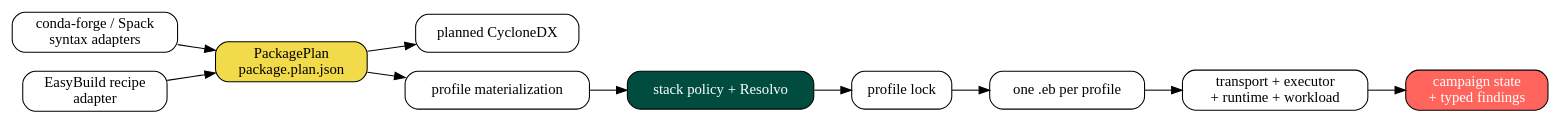
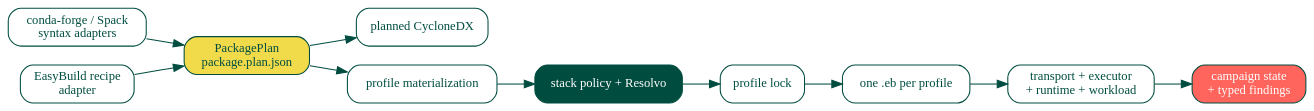
The first of 2 diagrams in docs/orgmode/explanation/architecture.org (HaoZeke/eb-stack), drawn with Graphviz before and after one commit. The commit also changed other lines of this file and 18 other files, not shown here.

```diff
--- a/docs/orgmode/explanation/architecture.org
+++ b/docs/orgmode/explanation/architecture.org
@@ -10,20 +10,24 @@
 #+begin_src dot :file ../images/pipeline.svg :exports results
 digraph P {
-  rankdir=LR;
-  node [shape=box, style="rounded,filled", fillcolor="white"];
-  foreign [label="conda-forge / Spack\nsyntax adapters"];
+  graph [fontname="Jost", fontsize=12, rankdir=LR, splines=true, bgcolor="transparent"];
+  node  [fontname="Jost", fontsize=12, shape=box, style="rounded,filled",
+         fillcolor="white", color="#004D40", fontcolor="#004D40"];
+  edge  [fontname="Jost", fontsize=11, color="#004D40"];
+
+  foreign   [label="conda-forge / Spack\nsyntax adapters"];
   easybuild [label="EasyBuild recipe\nadapter"];
-  plan [label="PackagePlan\npackage.plan.json", fillcolor="#F1DB4B"];
-  sbom [label="planned CycloneDX"];
-  profile [label="profile materialization"];
-  resolvo [label="stack policy + Resolvo", fillcolor="#004D40", fontcolor="white"];
-  lock [label="profile lock"];
-  emit [label="one .eb per profile"];
-  target [label="transport + executor\n+ runtime + workload"];
-  campaign [label="campaign state\n+ typed findings", fillcolor="#FF655D", fontcolor="white"];
+  plan      [label="PackagePlan\npackage.plan.json", fillcolor="#F1DB4B"];
+  sbom      [label="planned CycloneDX"];
+  profile   [label="profile materialization"];
+  resolvo   [label="stack policy + Resolvo", fillcolor="#004D40", fontcolor="white"];
+  lock      [label="profile lock"];
+  emit      [label="one .eb per profile"];
+  target    [label="transport + executor\n+ runtime + workload"];
+  campaign  [label="campaign state\n+ typed findings", fillcolor="#FF655D", fontcolor="white"];
+
   foreign -> plan;
   easybuild -> plan;
   plan -> sbom;
   plan -> profile -> resolvo -> lock -> emit -> target -> campaign;
 }
 #+end_src
```
